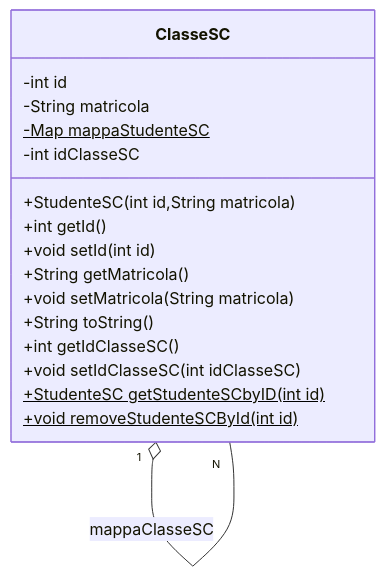
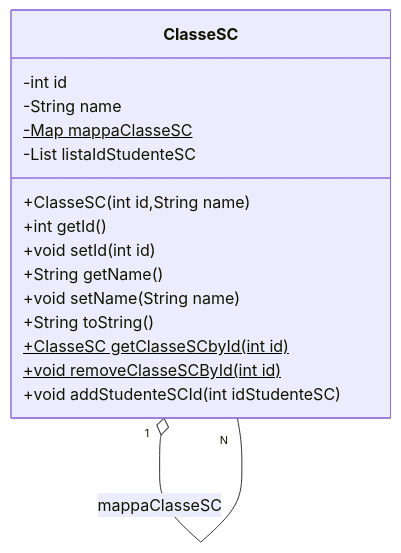
Before and after one commit to ApreaMarco/ListHashMapInstances: the third of 4 diagrams in README.MD, drawn with Mermaid.

Commit message:
Update README.MD
errore sul mermaid di ClasseSC.java

````diff
--- a/README.MD
+++ b/README.MD
@@ -34,20 +34,19 @@
 ```mermaid
 classDiagram
 class ClasseSC {
     -int id
-    -String matricola
-    -Map<Integer, StudenteSC> mappaStudenteSC$
-    -int idClasseSC
-    +StudenteSC(int id,String matricola)
+    -String name
+    -Map<Integer, ClasseSC> mappaClasseSC$
+    -List<Integer> listaIdStudenteSC
+    +ClasseSC(int id,String name)
     +int getId()
     +void setId(int id)
-    +String getMatricola()
-    +void setMatricola(String matricola)
+    +String getName()
+    +void setName(String name)
     +String toString()
-    +int getIdClasseSC()
-    +void setIdClasseSC(int idClasseSC)
-    +StudenteSC getStudenteSCbyID(int id)$
-    +void removeStudenteSCById(int id)$
+    +ClasseSC getClasseSCbyId(int id)$
+    +void removeClasseSCById(int id)$
+    +void addStudenteSCId(int idStudenteSC)
 }
 ClasseSC "1" o-- "N" ClasseSC : mappaClasseSC
 ```
````
